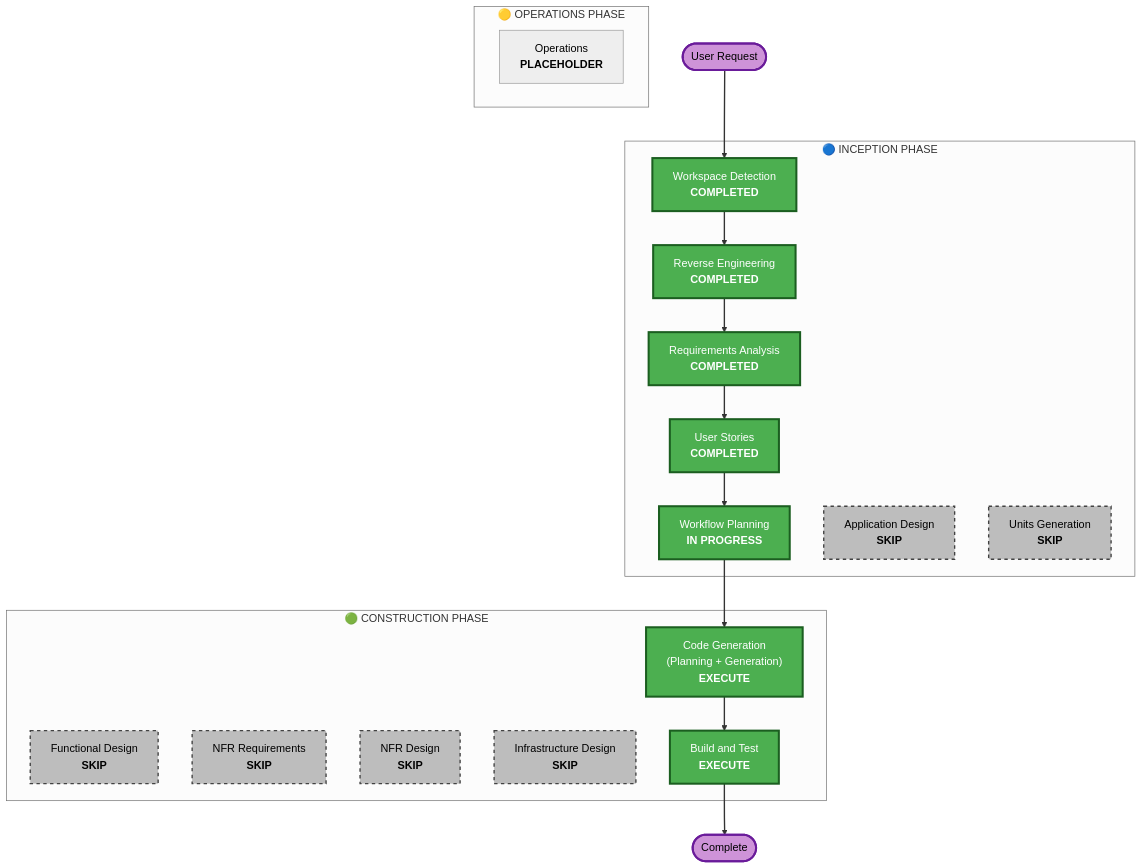
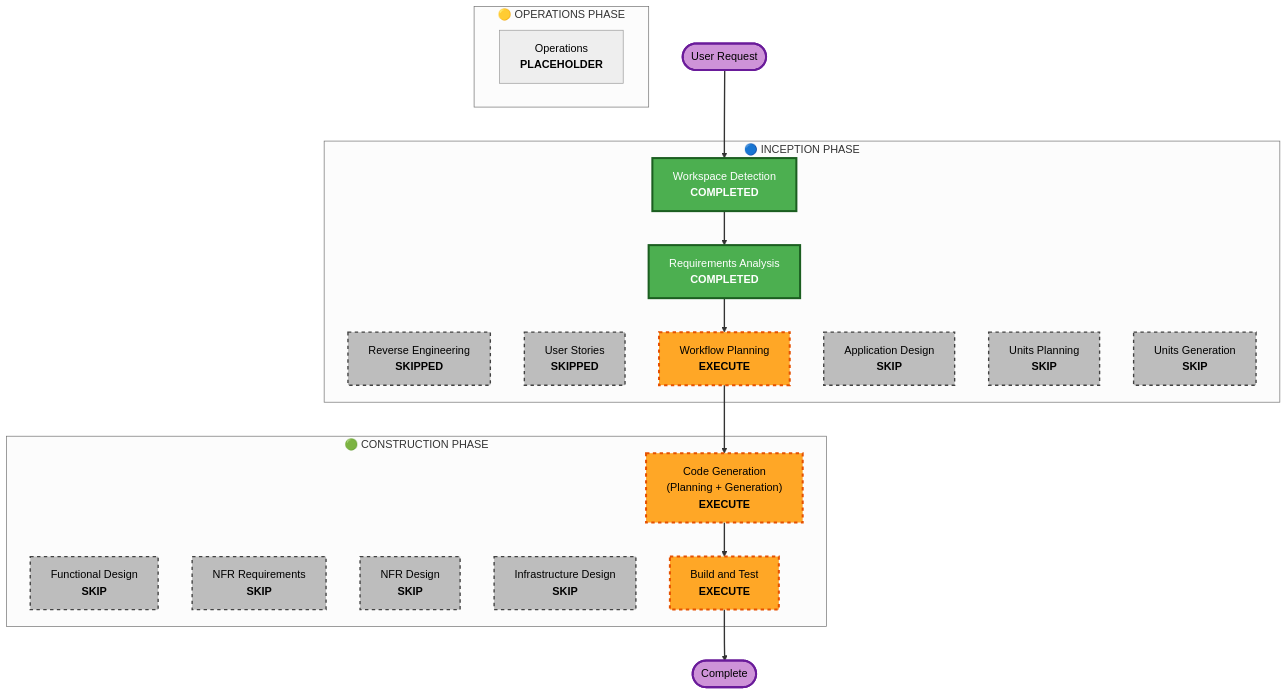
Before and after one commit to yeohcm/PianoVora: the diagram in aidlc-docs/inception/plans/execution-plan.md, drawn with Mermaid (neutral theme). The commit also changed other lines of this file and 19 other files, not shown here.

Commit message:
feat: implement AppLayout component with mic/synth mode toggling and associated UI architecture documentation

````diff
--- a/aidlc-docs/inception/plans/execution-plan.md
+++ b/aidlc-docs/inception/plans/execution-plan.md
@@ -42,58 +25,56 @@
 ```mermaid
 flowchart TD
     Start(["User Request"])
     
     subgraph INCEPTION["🔵 INCEPTION PHASE"]
         WD["Workspace Detection<br/><b>COMPLETED</b>"]
-        RE["Reverse Engineering<br/><b>COMPLETED</b>"]
+        RE["Reverse Engineering<br/><b>SKIPPED</b>"]
         RA["Requirements Analysis<br/><b>COMPLETED</b>"]
-        US["User Stories<br/><b>COMPLETED</b>"]
-        WP["Workflow Planning<br/><b>IN PROGRESS</b>"]
+        US["User Stories<br/><b>SKIPPED</b>"]
+        WP["Workflow Planning<br/><b>EXECUTE</b>"]
         AD["Application Design<br/><b>SKIP</b>"]
+        UP["Units Planning<br/><b>SKIP</b>"]
         UG["Units Generation<br/><b>SKIP</b>"]
     end
     
     subgraph CONSTRUCTION["🟢 CONSTRUCTION PHASE"]
         FD["Functional Design<br/><b>SKIP</b>"]
         NFRA["NFR Requirements<br/><b>SKIP</b>"]
         NFRD["NFR Design<br/><b>SKIP</b>"]
         ID["Infrastructure Design<br/><b>SKIP</b>"]
         CG["Code Generation<br/>(Planning + Generation)<br/><b>EXECUTE</b>"]
         BT["Build and Test<br/><b>EXECUTE</b>"]
     end
     
     subgraph OPERATIONS["🟡 OPERATIONS PHASE"]
         OPS["Operations<br/><b>PLACEHOLDER</b>"]
     end
     
     Start --> WD
-    WD --> RE
-    RE --> RA
-    RA --> US
-    US --> WP
+    WD --> RA
+    RA --> WP
     WP --> CG
     CG --> BT
     BT --> End(["Complete"])
-
+    
     style WD fill:#4CAF50,stroke:#1B5E20,stroke-width:3px,color:#fff
-    style RE fill:#4CAF50,stroke:#1B5E20,stroke-width:3px,color:#fff
     style RA fill:#4CAF50,stroke:#1B5E20,stroke-width:3px,color:#fff
-    style US fill:#4CAF50,stroke:#1B5E20,stroke-width:3px,color:#fff
-    style WP fill:#4CAF50,stroke:#1B5E20,stroke-width:3px,color:#fff
-    
+    style WP fill:#FFA726,stroke:#E65100,stroke-width:3px,stroke-dasharray: 5 5,color:#000
+    style RE fill:#BDBDBD,stroke:#424242,stroke-width:2px,stroke-dasharray: 5 5,color:#000
+    style US fill:#BDBDBD,stroke:#424242,stroke-width:2px,stroke-dasharray: 5 5,color:#000
     style AD fill:#BDBDBD,stroke:#424242,stroke-width:2px,stroke-dasharray: 5 5,color:#000
+    style UP fill:#BDBDBD,stroke:#424242,stroke-width:2px,stroke-dasharray: 5 5,color:#000
     style UG fill:#BDBDBD,stroke:#424242,stroke-width:2px,stroke-dasharray: 5 5,color:#000
     
     style FD fill:#BDBDBD,stroke:#424242,stroke-width:2px,stroke-dasharray: 5 5,color:#000
     style NFRA fill:#BDBDBD,stroke:#424242,stroke-width:2px,stroke-dasharray: 5 5,color:#000
     style NFRD fill:#BDBDBD,stroke:#424242,stroke-width:2px,stroke-dasharray: 5 5,color:#000
     style ID fill:#BDBDBD,stroke:#424242,stroke-width:2px,stroke-dasharray: 5 5,color:#000
-    
-    style CG fill:#4CAF50,stroke:#1B5E20,stroke-width:3px,color:#fff
-    style BT fill:#4CAF50,stroke:#1B5E20,stroke-width:3px,color:#fff
+    style CG fill:#FFA726,stroke:#E65100,stroke-width:3px,stroke-dasharray: 5 5,color:#000
+    style BT fill:#FFA726,stroke:#E65100,stroke-width:3px,stroke-dasharray: 5 5,color:#000
     
     style Start fill:#CE93D8,stroke:#6A1B9A,stroke-width:3px,color:#000
     style End fill:#CE93D8,stroke:#6A1B9A,stroke-width:3px,color:#000
     
     linkStyle default stroke:#333,stroke-width:2px
 ```
````
